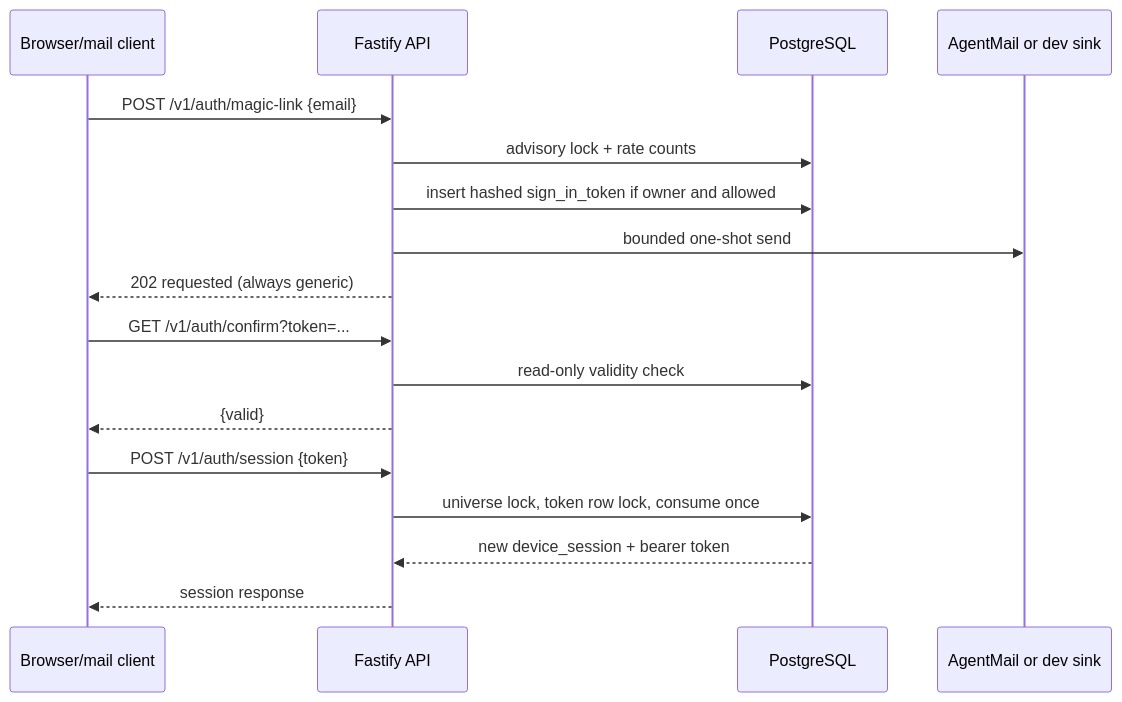
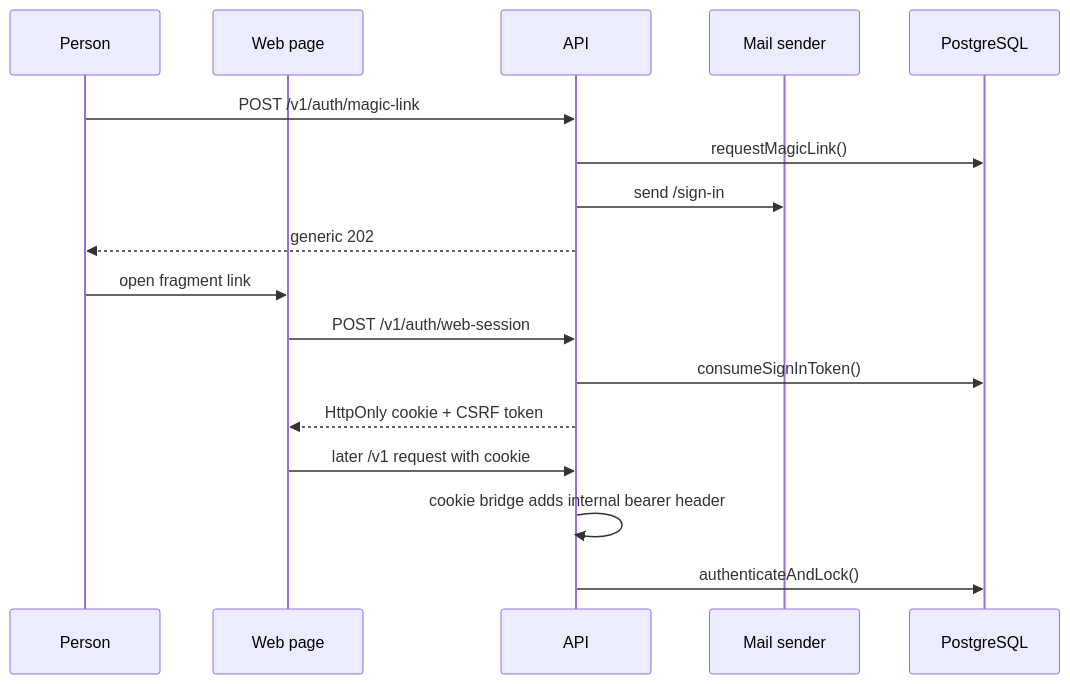
Before and after one commit to KnowScroll/knowscroll: the ninth of 16 diagrams in docs/flowwalk/knowscroll-codebase-architecture-guide.md, drawn with Mermaid. The commit also changed other lines of this file, not shown here.

Commit message:
docs: refresh architecture guide for current system (#72)

````diff
--- a/docs/flowwalk/knowscroll-codebase-architecture-guide.md
+++ b/docs/flowwalk/knowscroll-codebase-architecture-guide.md
@@ -385,20 +355,19 @@
 ```mermaid
 sequenceDiagram
-    participant B as Browser/mail client
-    participant API as Fastify API
-    participant DB as PostgreSQL
-    participant Mail as AgentMail or dev sink
-
-    B->>API: POST /v1/auth/magic-link {email}
-    API->>DB: advisory lock + rate counts
-    API->>DB: insert hashed sign_in_token if owner and allowed
-    API->>Mail: bounded one-shot send
-    API-->>B: 202 requested (always generic)
-    B->>API: GET /v1/auth/confirm?token=...
-    API->>DB: read-only validity check
-    API-->>B: {valid}
-    B->>API: POST /v1/auth/session {token}
-    API->>DB: universe lock, token row lock, consume once
-    DB-->>API: new device_session + bearer token
-    API-->>B: session response
+  participant P as Person
+  participant W as Web page
+  participant A as API
+  participant M as Mail sender
+  participant DB as PostgreSQL
+  P->>A: POST /v1/auth/magic-link
+  A->>DB: requestMagicLink()
+  A->>M: send /sign-in#token=...
+  A-->>P: generic 202
+  P->>W: open fragment link
+  W->>A: POST /v1/auth/web-session
+  A->>DB: consumeSignInToken()
+  A-->>W: HttpOnly cookie + CSRF token
+  W->>A: later /v1 request with cookie
+  A->>A: cookie bridge adds internal bearer header
+  A->>DB: authenticateAndLock()
 ```
````
